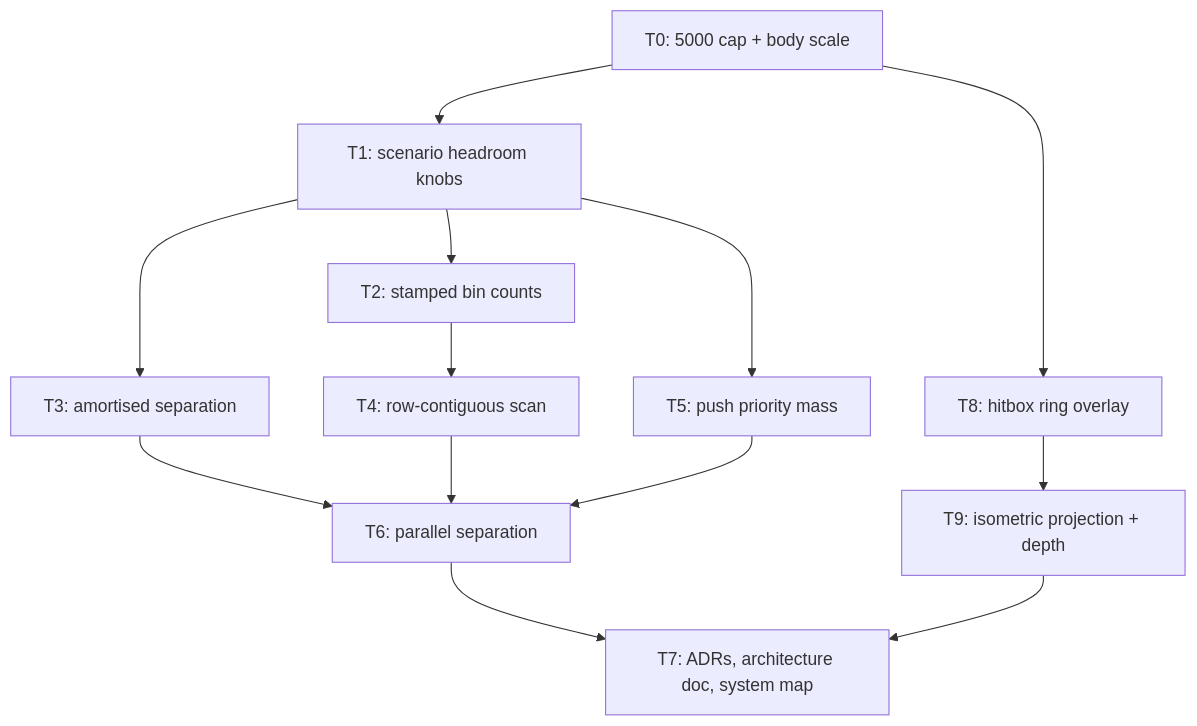
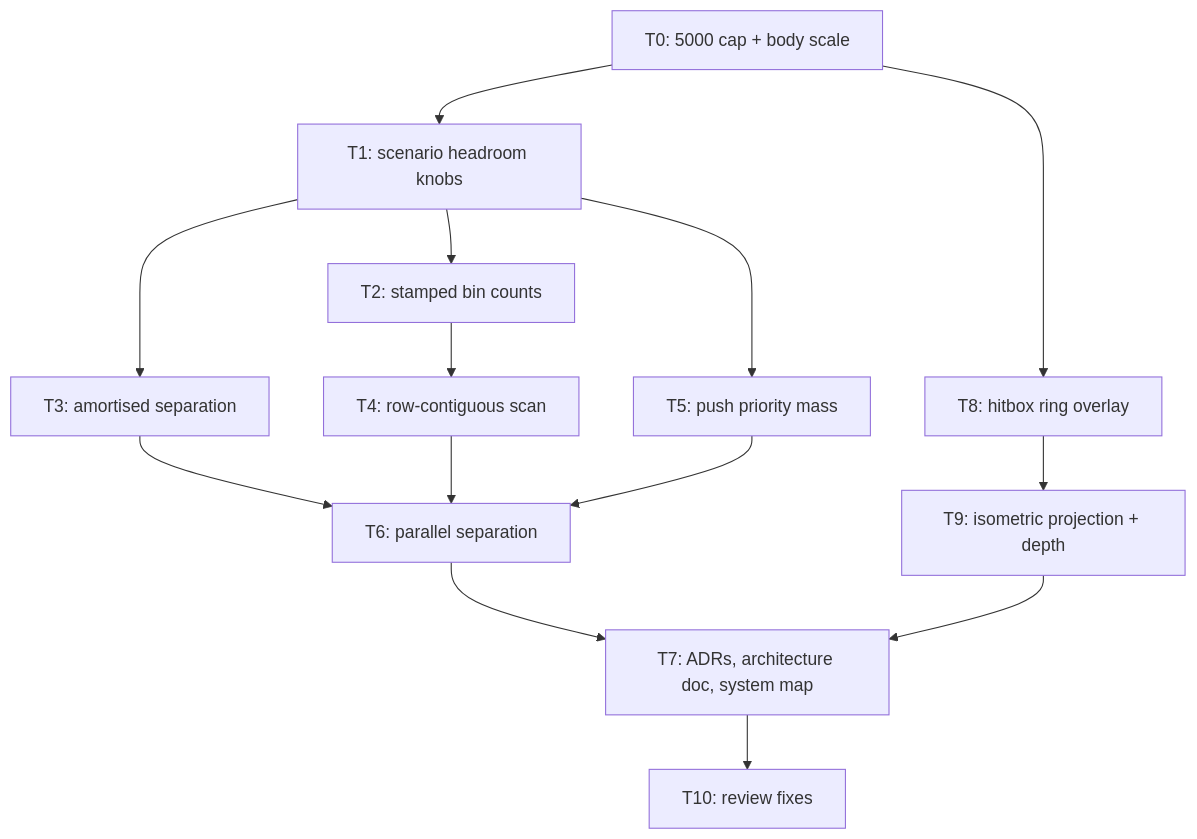
Before and after one commit to AronGomu/millions-must-die: the diagram in ai-artifacts/PLAN_2026_08_09_horde-sim-headroom.md, drawn with Mermaid. The commit also changed other lines of this file and 24 other files, not shown here.

````diff
--- a/ai-artifacts/PLAN_2026_08_09_horde-sim-headroom.md
+++ b/ai-artifacts/PLAN_2026_08_09_horde-sim-headroom.md
@@ -221,15 +230,16 @@
 ```mermaid
 flowchart TD
 T0[T0: 5000 cap + body scale] --> T1[T1: scenario headroom knobs]
 T0 --> T8[T8: hitbox ring overlay]
 T1 --> T2[T2: stamped bin counts]
 T1 --> T3[T3: amortised separation]
 T2 --> T4[T4: row-contiguous scan]
 T1 --> T5[T5: push priority mass]
 T3 --> T6[T6: parallel separation]
 T4 --> T6
 T5 --> T6
 T8 --> T9[T9: isometric projection + depth]
 T6 --> T7[T7: ADRs, architecture doc, system map]
 T9 --> T7
+T7 --> T10[T10: review fixes]
 ```
````
